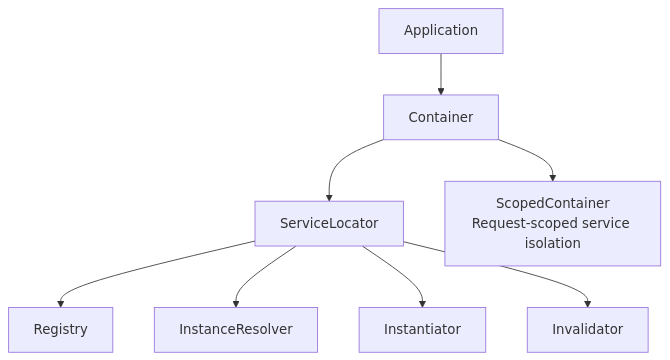
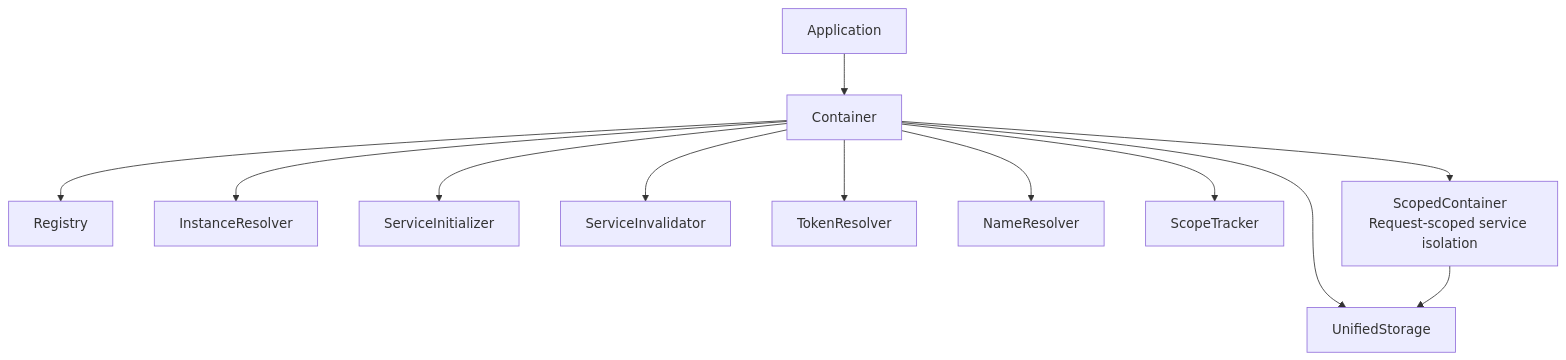
The diagram in apps/docs/docs/di/di/overview/architecture.md (navios-org/navios), drawn with Mermaid before and after one commit. The commit also changed other lines of this file and 124 other files, not shown here.

````diff
--- a/apps/docs/docs/di/di/overview/architecture.md
+++ b/apps/docs/docs/di/di/overview/architecture.md
@@ -68,10 +62,14 @@
 ```mermaid
 graph TD
     A[Application] --> B[Container]
-    B --> C[ServiceLocator]
-    C --> D[Registry]
-    C --> E[InstanceResolver]
-    C --> F[Instantiator]
-    C --> G[Invalidator]
+    B --> D[Registry]
+    B --> E[InstanceResolver]
+    B --> F[ServiceInitializer]
+    B --> G[ServiceInvalidator]
+    B --> I[TokenResolver]
+    B --> J[NameResolver]
+    B --> K[ScopeTracker]
+    B --> L[UnifiedStorage]
     B --> H[ScopedContainer<br/>Request-scoped service isolation]
+    H --> L
 ```
````
